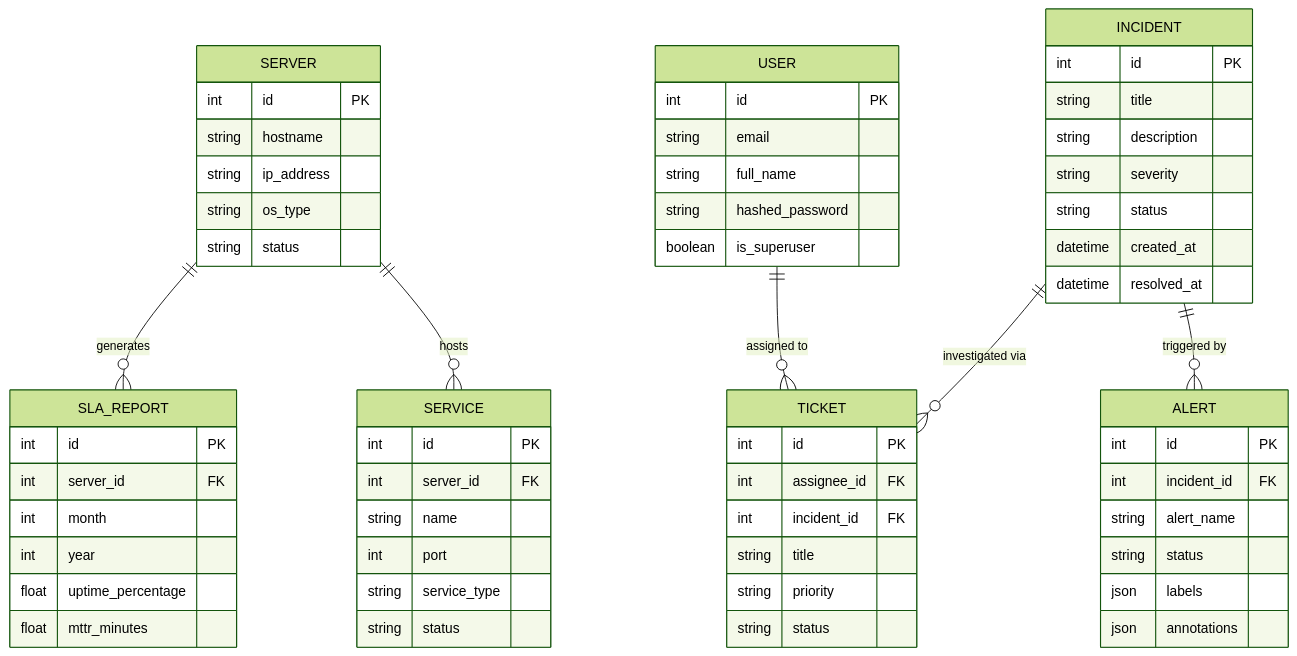
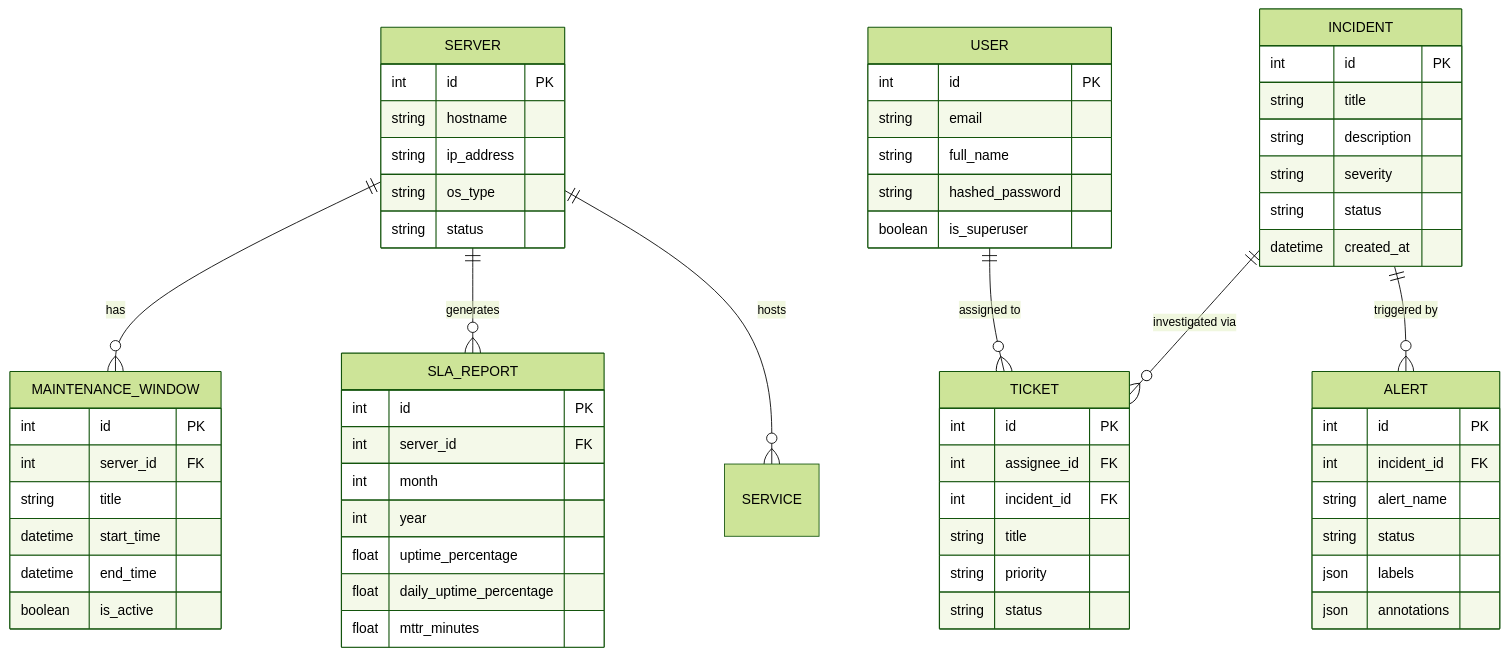
The second of 2 diagrams in README.md (Anand-Bora-0001/observability-platform), drawn with Mermaid (forest theme) before and after one commit. The commit also changed other lines of this file and 17 other files, not shown here.

````diff
--- a/README.md
+++ b/README.md
@@ -72,70 +81,71 @@
 ```mermaid
 erDiagram
     USER ||--o{ TICKET : "assigned to"
     SERVER ||--o{ SERVICE : "hosts"
     SERVER ||--o{ SLA_REPORT : "generates"
+    SERVER ||--o{ MAINTENANCE_WINDOW : "has"
     INCIDENT ||--o{ ALERT : "triggered by"
     INCIDENT ||--o{ TICKET : "investigated via"
 
     USER {
         int id PK
         string email
         string full_name
         string hashed_password
         boolean is_superuser
     }
     
     SERVER {
         int id PK
         string hostname
         string ip_address
         string os_type
         string status
     }
     
-    SERVICE {
+    MAINTENANCE_WINDOW {
         int id PK
         int server_id FK
-        string name
-        int port
-        string service_type
-        string status
+        string title
+        datetime start_time
+        datetime end_time
+        boolean is_active
     }
     
     INCIDENT {
         int id PK
         string title
         string description
         string severity
         string status
         datetime created_at
-        datetime resolved_at
     }
     
     ALERT {
         int id PK
         int incident_id FK
         string alert_name
         string status
         json labels
         json annotations
     }
     
     TICKET {
         int id PK
         int assignee_id FK
         int incident_id FK
         string title
         string priority
         string status
     }
     
     SLA_REPORT {
         int id PK
         int server_id FK
         int month
         int year
         float uptime_percentage
+        float daily_uptime_percentage
         float mttr_minutes
     }
 ```
````
